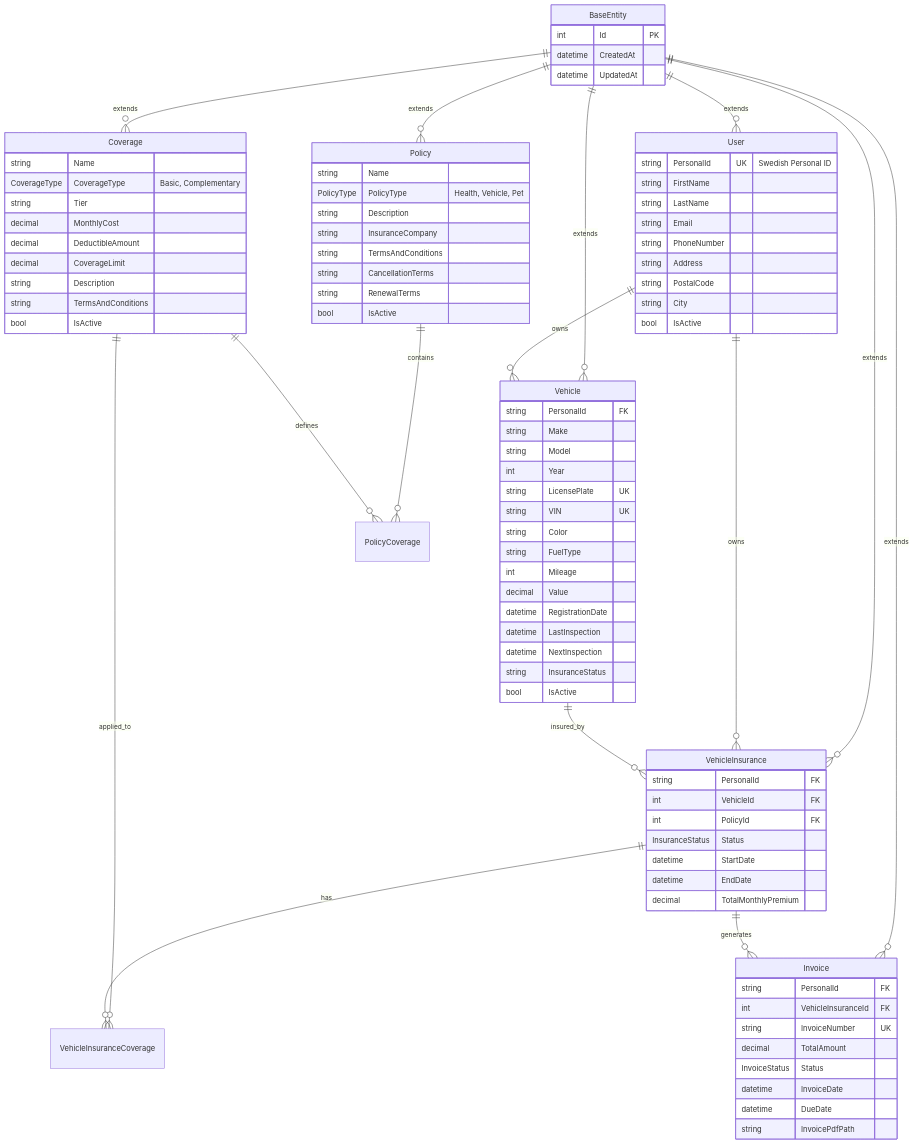
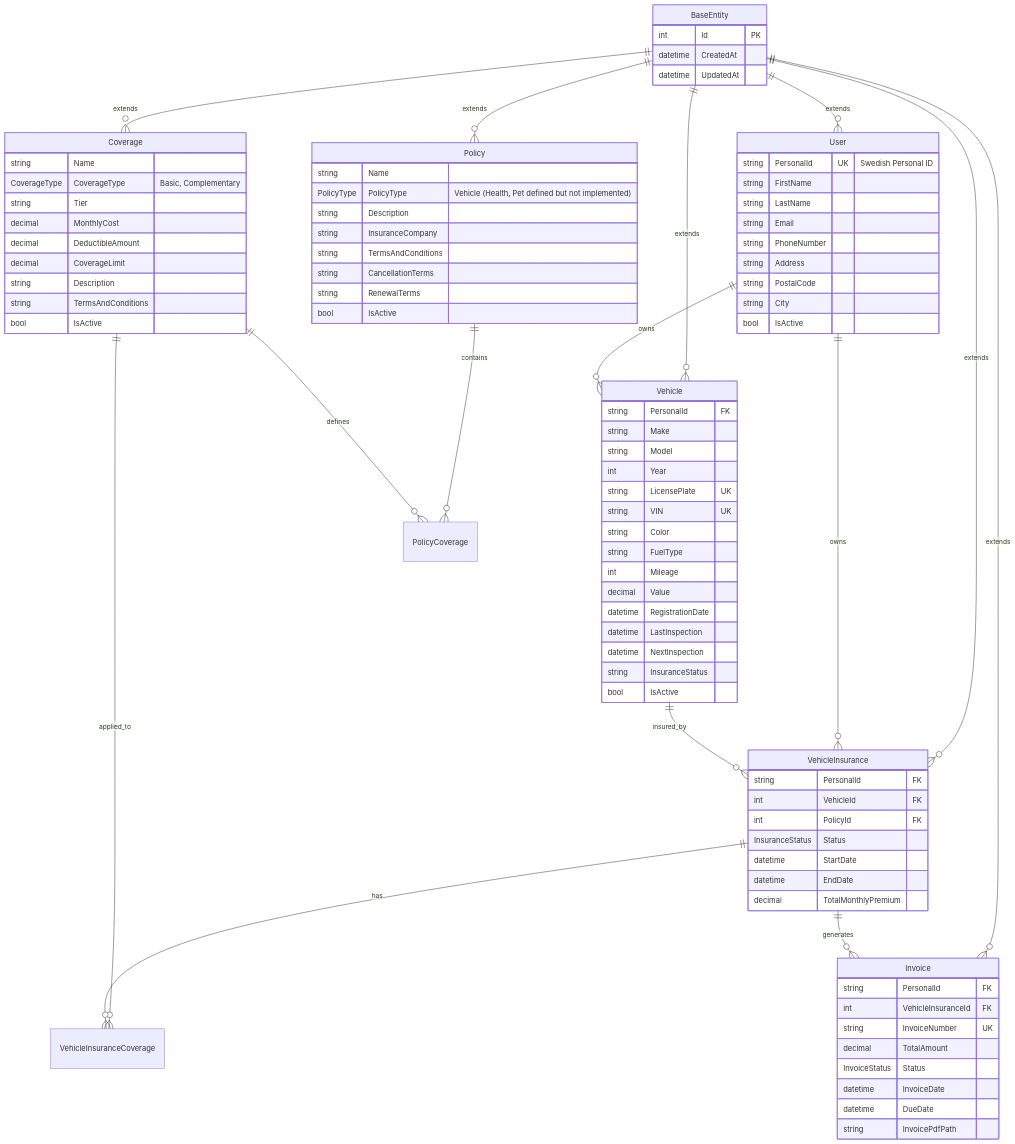
The second of 2 diagrams in shared/README.md (eramax/if-insurance), drawn with Mermaid before and after one commit. The commit also changed 8 other files, not shown here.

```diff
--- a/shared/README.md
+++ b/shared/README.md
@@ -111,11 +111,9 @@
         string PostalCode
         string City
         bool IsActive
-    }
-
-    Policy {
+    }    Policy {
         string Name
-        PolicyType PolicyType "Health, Vehicle, Pet"
+        PolicyType PolicyType "Vehicle (Health, Pet defined but not implemented)"
         string Description
         string InsuranceCompany
         string TermsAndConditions
```
